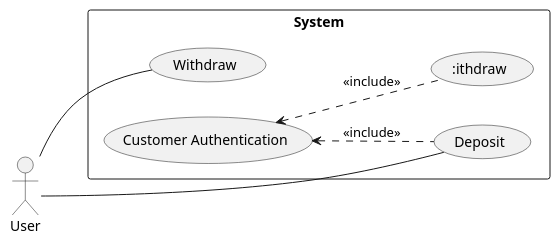
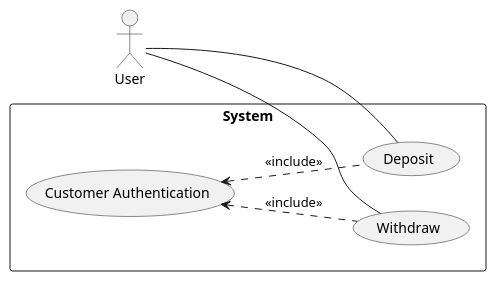
Before and after one commit to 2DGD-F0TH/2DGD_F0TH: the diagram in raw_resources/images/computer_science/use_case_inclusion.puml, drawn with PlantUML. The commit also changed 1 other file, not shown here.

Commit message:
Fixed the use case include image too

```diff
--- a/raw_resources/images/computer_science/use_case_inclusion.puml
+++ b/raw_resources/images/computer_science/use_case_inclusion.puml
@@ -1,21 +1,21 @@
 @startuml
 
 left to right direction
 
 skinparam packageStyle rectangle
 
 actor User
 
 rectangle System{
 
     User -- (Deposit)
 
     User -- (Withdraw)
 
     (Customer Authentication) <.. (Deposit): <<include>>
 
-    (Customer Authentication) <.. (:ithdraw): <<include>>
+    (Customer Authentication) <.. (Withdraw): <<include>>
 
 }
 
 @enduml
```
